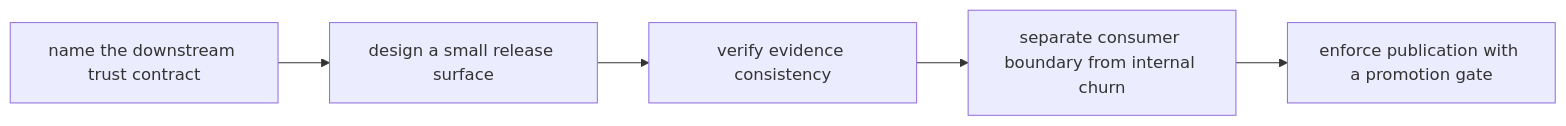
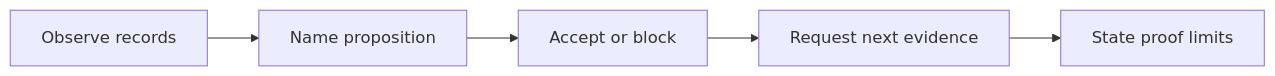
The second of 3 diagrams in programs/reproducible-research/deep-dive-dvc/course-book/module-09-promotion-registry-boundaries-auditability/exercise-answers.md (bijux/bijux-masterclass), drawn with Mermaid before and after one commit. The commit also changed other lines of this file, not shown here.

Commit message:
docs(dvc): teach promotion answer reasoning

````diff
--- a/programs/reproducible-research/deep-dive-dvc/course-book/module-09-promotion-registry-boundaries-auditability/exercise-answers.md
+++ b/programs/reproducible-research/deep-dive-dvc/course-book/module-09-promotion-registry-boundaries-auditability/exercise-answers.md
@@ -19,7 +17,7 @@
 ```mermaid
 flowchart LR
-  contract["name the downstream trust contract"] --> surface["design a small release surface"]
-  surface --> audit["verify evidence consistency"]
-  audit --> boundary["separate consumer boundary from internal churn"]
-  boundary --> gate["enforce publication with a promotion gate"]
+  observe["Observe records"] --> proposition["Name proposition"]
+  proposition --> judgment["Accept or block"]
+  judgment --> next["Request next evidence"]
+  next --> limits["State proof limits"]
 ```
````
